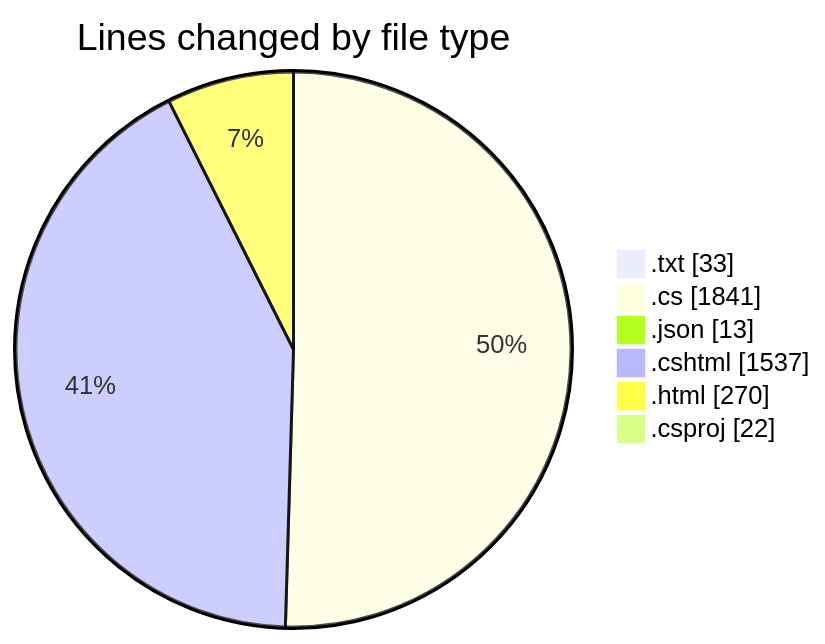
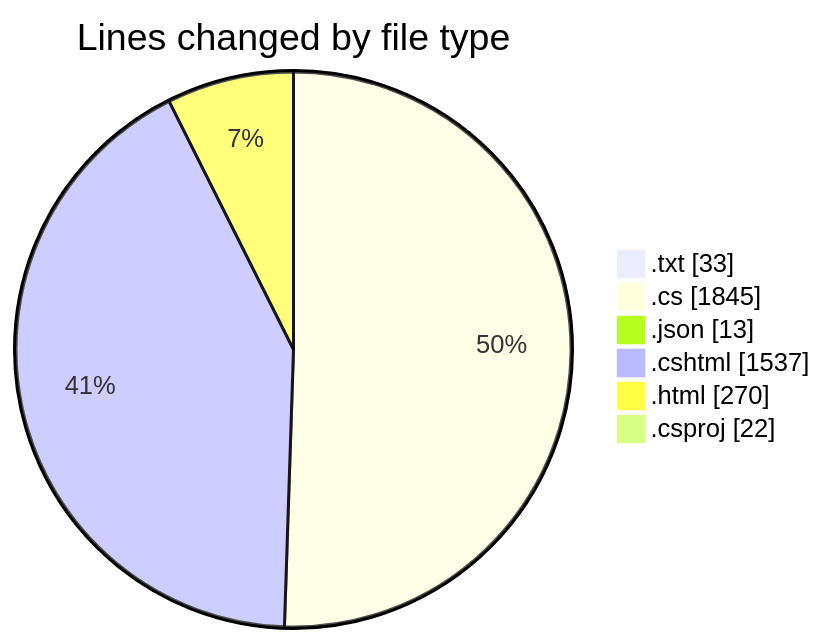
One commit to lephambinh05/code-tracking changed the first of 2 diagrams in 2025-07-27/quanlyrapchieuphim-1/README.md. Above: the diagram before and after it, drawn with Mermaid. The commit also changed other lines of this file and 1 other file, not shown here.

````diff
--- a/2025-07-27/quanlyrapchieuphim-1/README.md
+++ b/2025-07-27/quanlyrapchieuphim-1/README.md
@@ -39,10 +39,10 @@
 ```mermaid
 pie showData
 title Lines changed by file type
 ".txt" : 33
-".cs" : 1841
+".cs" : 1845
 ".json" : 13
 ".cshtml" : 1537
 ".html" : 270
 ".csproj" : 22
 ```
````
